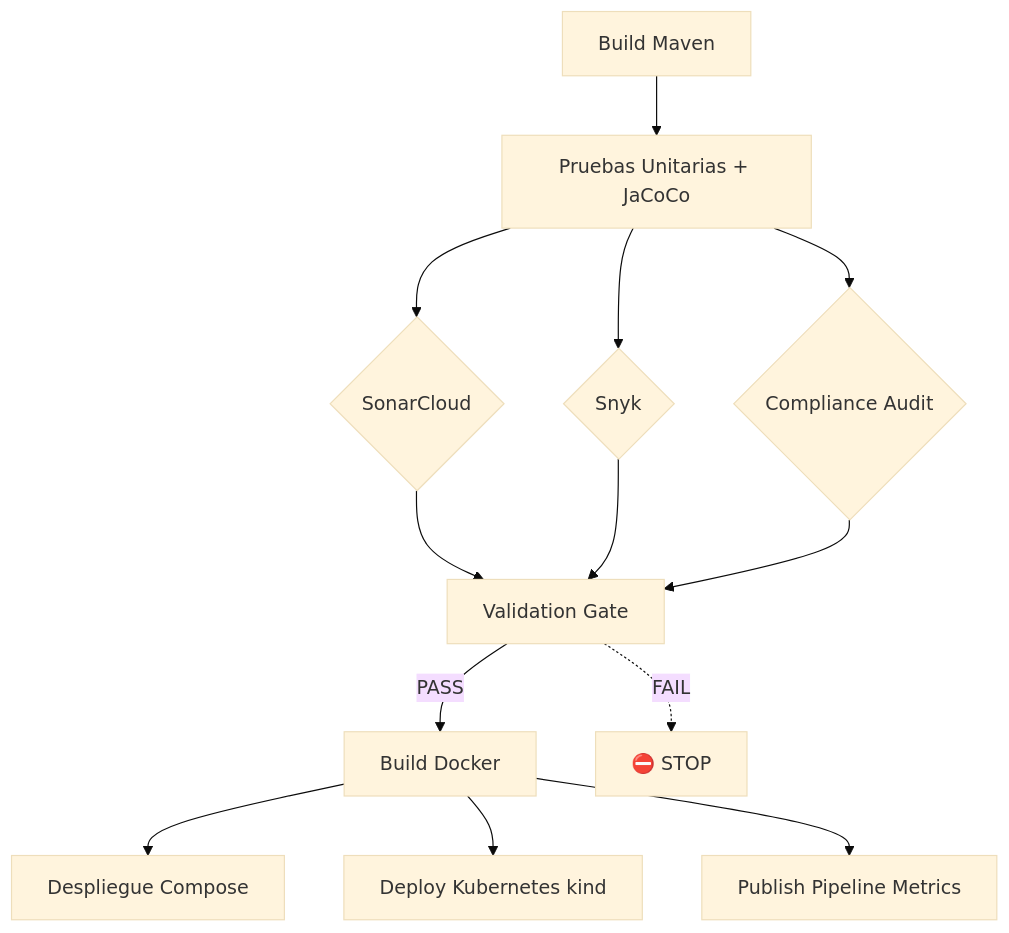
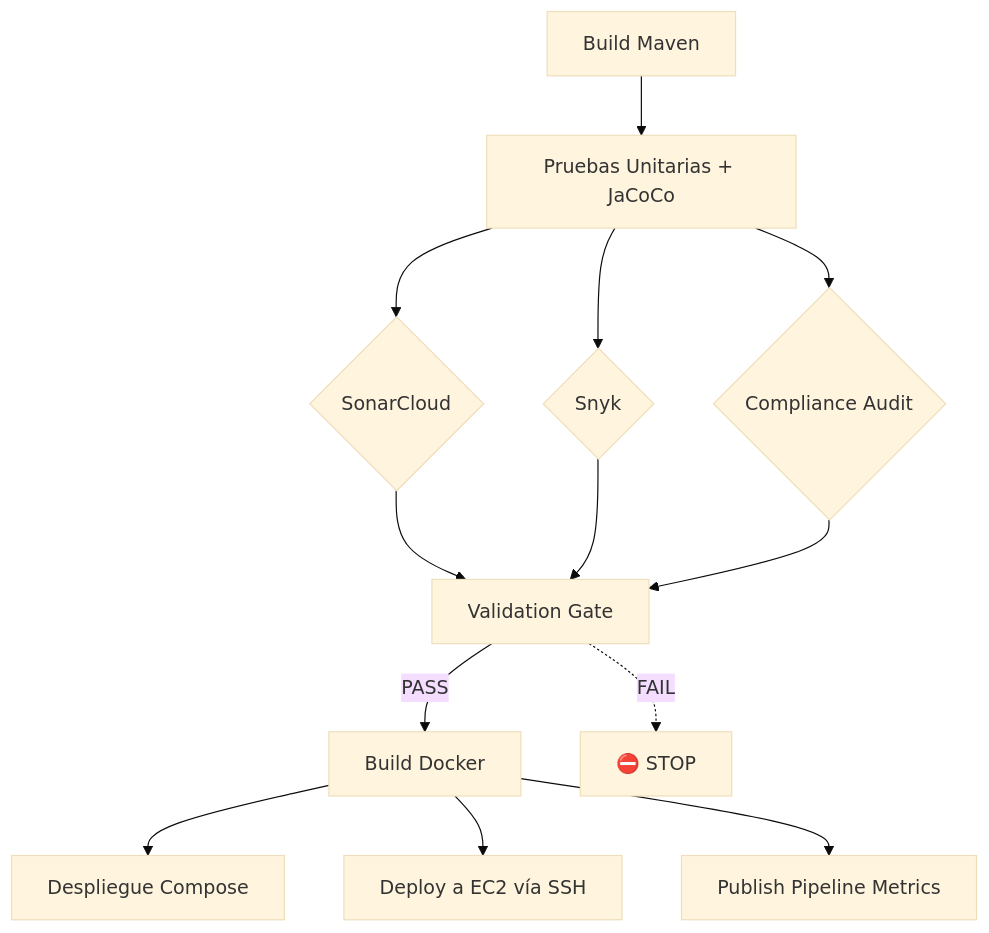
One commit to NicolasIrarrazabal/gitflow-encargo changed the diagram in README.md. Above: the diagram before and after it, drawn with Mermaid (base theme). The commit also changed other lines of this file and 7 other files, not shown here.

````diff
--- a/README.md
+++ b/README.md
@@ -147,15 +138,15 @@
 ```mermaid
 flowchart TB
     A[Build Maven] --> B[Pruebas Unitarias + JaCoCo]
     B --> C{SonarCloud}
     B --> D{Snyk}
     B --> E{Compliance Audit}
     C --> F[Validation Gate]
     D --> F
     E --> F
     F -->|PASS| G[Build Docker]
     F -.->|FAIL| H[⛔ STOP]
     G --> I[Despliegue Compose]
-    G --> J[Deploy Kubernetes kind]
+    G --> J[Deploy a EC2 vía SSH]
     G --> K[Publish Pipeline Metrics]
 ```
````
